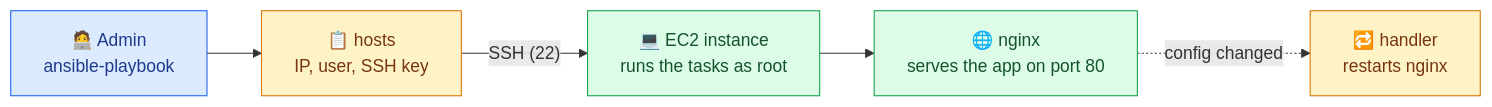
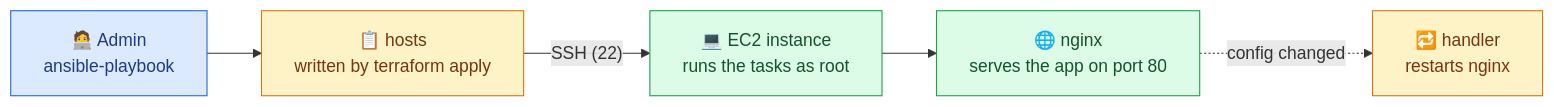
The diagram in 01-provision-configure/ansible/README.md (younesyousfipro/devops-iac-aws-lab), drawn with Mermaid before and after one commit. The commit also changed other lines of this file and 2 other files, not shown here.

Commit message:
docs: document generated ansible inventory

````diff
--- a/01-provision-configure/ansible/README.md
+++ b/01-provision-configure/ansible/README.md
@@ -5,11 +5,11 @@
 ```mermaid
 flowchart LR
-    ADMIN["🧑‍💻 Admin<br/>ansible-playbook"]:::dev --> INV["📋 hosts<br/>IP, user, SSH key"]:::conf
+    ADMIN["🧑‍💻 Admin<br/>ansible-playbook"]:::dev --> INV["📋 hosts<br/>written by terraform apply"]:::conf
     INV -- "SSH (22)" --> VM["💻 EC2 instance<br/>runs the tasks as root"]:::run
     VM --> NGINX["🌐 nginx<br/>serves the app on port 80"]:::run
     NGINX -. "config changed" .-> H["🔁 handler<br/>restarts nginx"]:::conf
 
     classDef dev fill:#dbeafe,stroke:#2563eb,color:#1e3a8a
     classDef conf fill:#fef3c7,stroke:#d97706,color:#78350f
     classDef run fill:#dcfce7,stroke:#16a34a,color:#14532d
 ```
````
